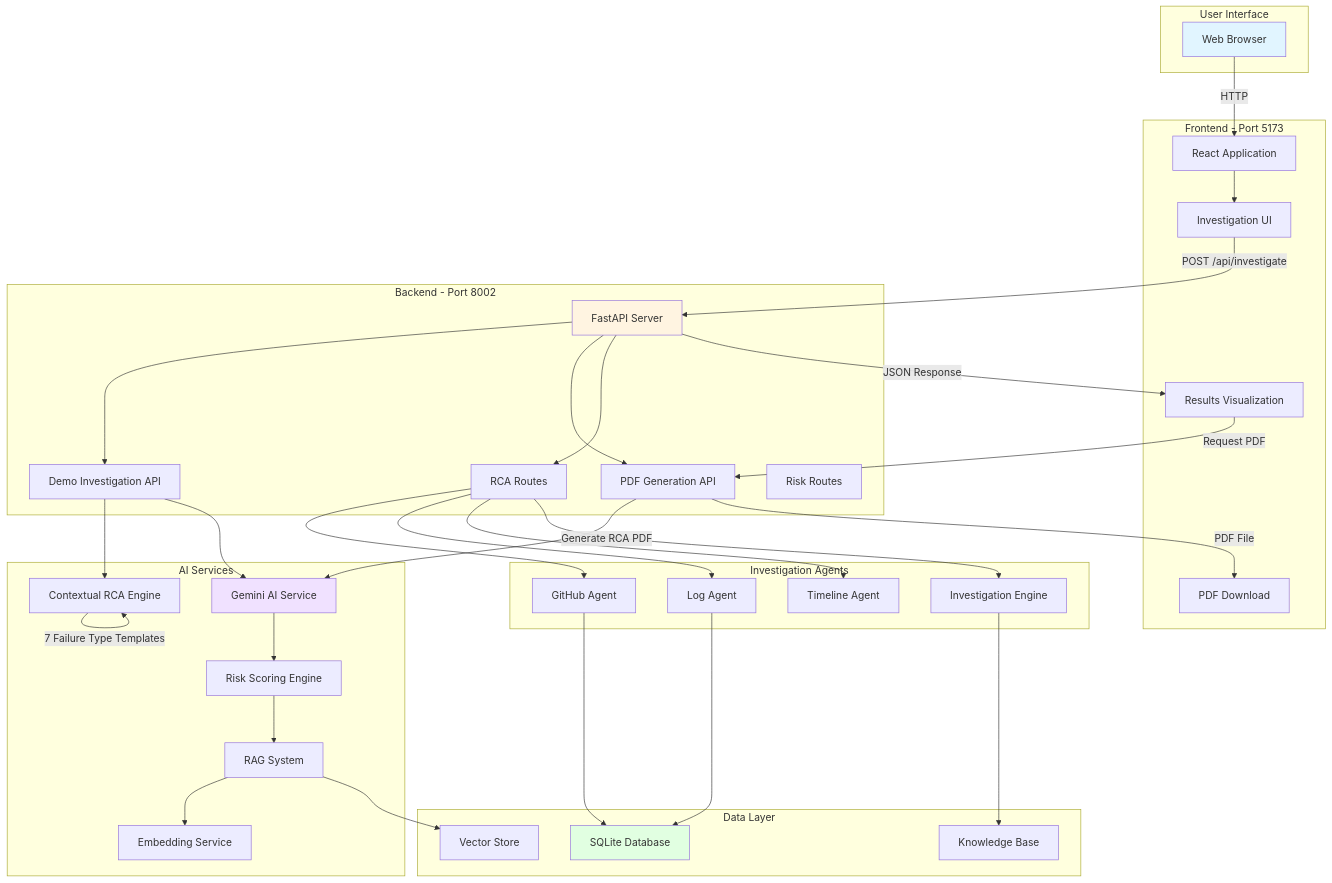
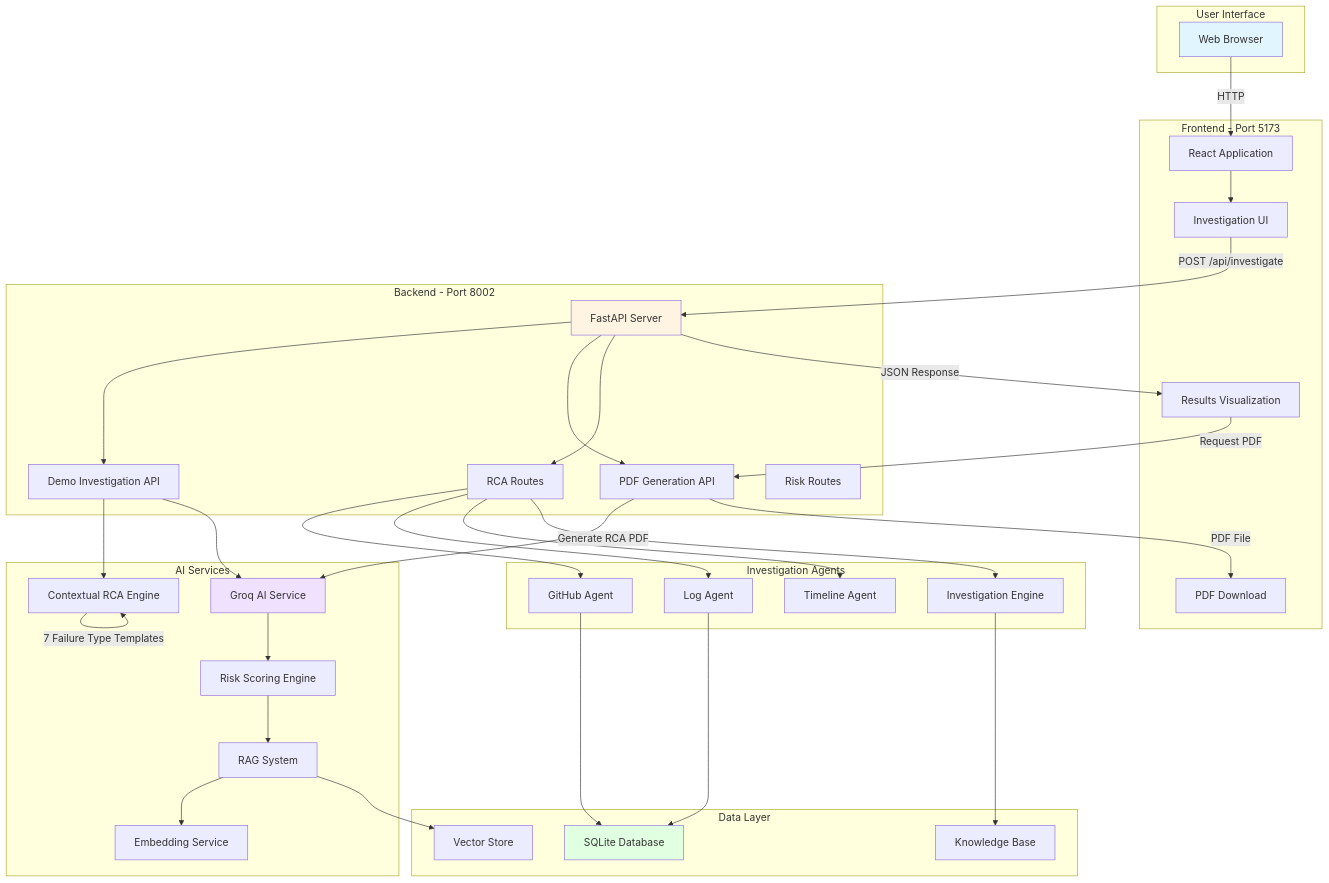
The diagram in README.md (Vaish5002/Incident_Intelligent_Platform), drawn with Mermaid before and after one commit. The commit also changed other lines of this file and 24 other files, not shown here.

````diff
--- a/README.md
+++ b/README.md
@@ -271,78 +271,78 @@
 ```mermaid
 graph TB
     subgraph "User Interface"
         A[Web Browser]
     end
     
     subgraph "Frontend - Port 5173"
         B[React Application]
         C[Investigation UI]
         D[Results Visualization]
         E[PDF Download]
     end
     
     subgraph "Backend - Port 8002"
         F[FastAPI Server]
         G[Demo Investigation API]
         H[PDF Generation API]
         I[RCA Routes]
         J[Risk Routes]
     end
     
     subgraph "AI Services"
-        K[Gemini AI Service]
+        K[Groq AI Service]
         L[Contextual RCA Engine]
         M[Risk Scoring Engine]
         N[RAG System]
         O[Embedding Service]
     end
     
     subgraph "Investigation Agents"
         P[GitHub Agent]
         Q[Log Agent]
         R[Timeline Agent]
         S[Investigation Engine]
     end
     
     subgraph "Data Layer"
         T[SQLite Database]
         U[Knowledge Base]
         V[Vector Store]
     end
     
     A -->|HTTP| B
     B --> C
     C -->|POST /api/investigate| F
     F --> G
     G --> L
     L -->|Keyword Detection| L
     L -->|7 Failure Type Templates| L
     
     F --> H
     H -->|Generate RCA PDF| K
     
     G --> K
     K --> M
     M --> N
     N --> O
     
     F --> I
     I --> P
     I --> Q
     I --> R
     I --> S
     
     P --> T
     Q --> T
     S --> U
     N --> V
     
     F -->|JSON Response| D
     D -->|Request PDF| H
     H -->|PDF File| E
     
     style A fill:#e1f5ff
     style F fill:#fff4e1
     style K fill:#f0e1ff
     style T fill:#e1ffe1
 ```
````
